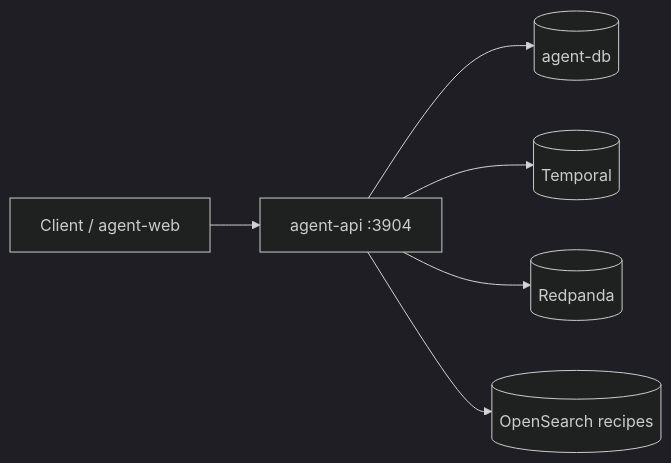
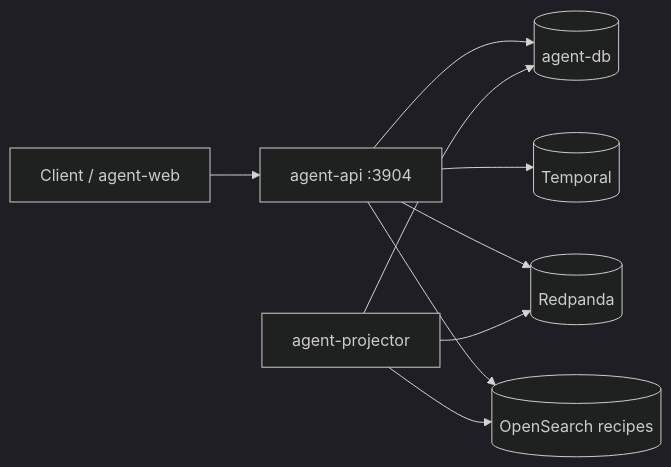
One commit to agent-tracer/tracer-agent-ts changed the first of 3 diagrams in README.md. Above: the diagram before and after it, drawn with Mermaid (dark theme). The commit also changed other lines of this file and 17 other files, not shown here.

````diff
--- a/README.md
+++ b/README.md
@@ -20,8 +20,11 @@
 ```mermaid
 flowchart LR
     Client[Client / agent-web] --> API[agent-api :3904]
     API --> AgentDB[(agent-db)]
     API --> Temporal[(Temporal)]
     API --> Kafka[(Redpanda)]
     API --> OpenSearch[(OpenSearch recipes)]
+    Projector[agent-projector] --> AgentDB
+    Projector --> Kafka
+    Projector --> OpenSearch
 ```
````
